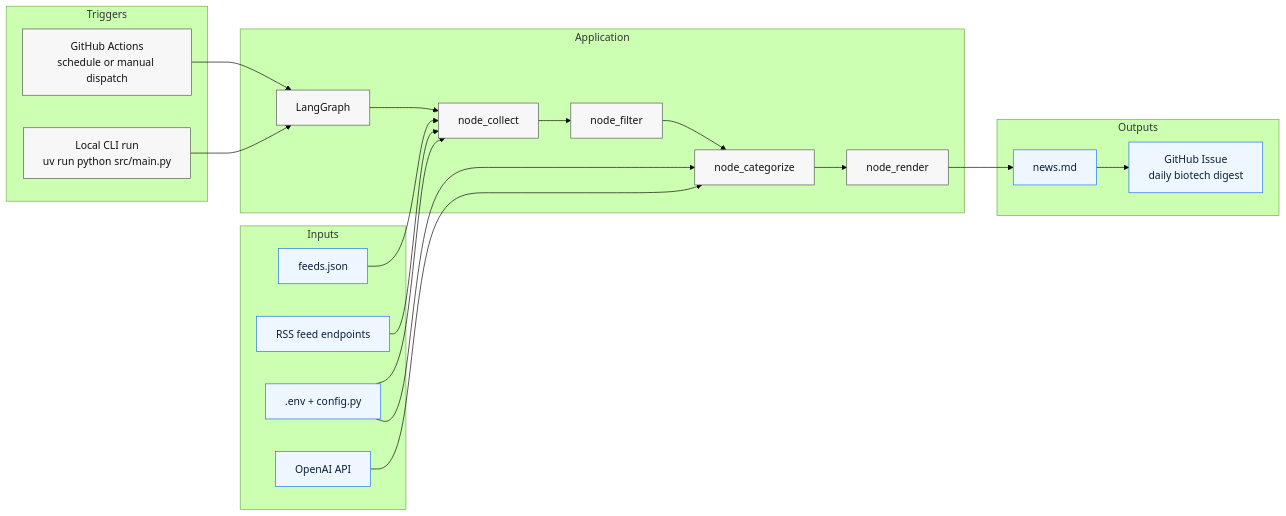
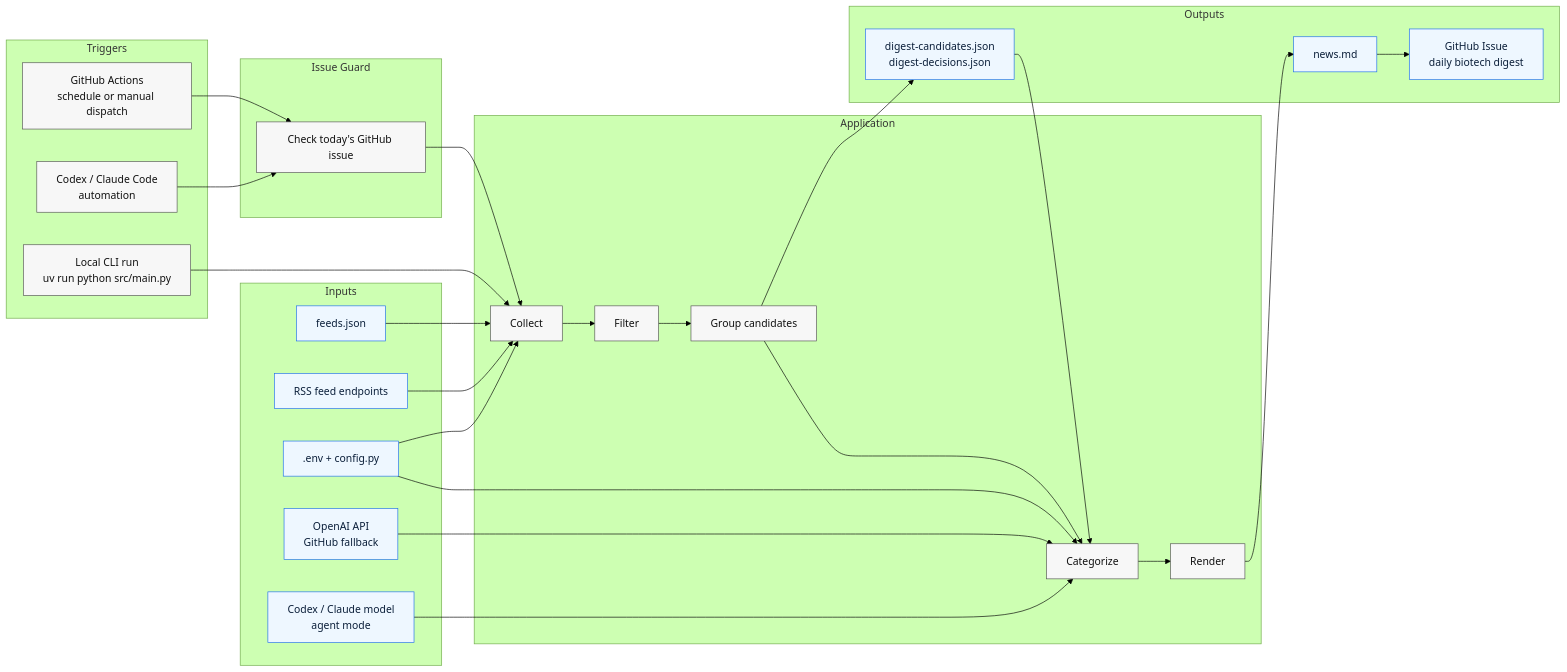
The first of 2 diagrams in README.md (ActioBio/bio-news-agent), drawn with Mermaid (forest theme) before and after one commit. The commit also changed other lines of this file and 4 other files, not shown here.

Commit message:
feat(digest): add agent handoff workflow

````diff
--- a/README.md
+++ b/README.md
@@ -9,42 +11,54 @@
 ```mermaid
 flowchart LR
     subgraph Trigger[Triggers]
         GH[GitHub Actions<br/>schedule or manual dispatch]
+        AGENT[Codex / Claude Code<br/>automation]
         LOCAL[Local CLI run<br/>uv run python src/main.py]
     end
 
+    subgraph Guard[Issue Guard]
+        CHECK[Check today's GitHub issue]
+    end
+
     subgraph App[Application]
-        G[LangGraph]
-        C[node_collect]
-        F[node_filter]
-        K[node_categorize]
-        R[node_render]
-        G --> C --> F --> K --> R
+        C[Collect]
+        F[Filter]
+        G[Group candidates]
+        K[Categorize]
+        R[Render]
+        C --> F --> G --> K --> R
     end
 
     subgraph In[Inputs]
         FEEDS[feeds.json]
         RSS[RSS feed endpoints]
         CONF[.env + config.py]
-        OAI[OpenAI API]
+        OAI[OpenAI API<br/>GitHub fallback]
+        MODEL[Codex / Claude model<br/>agent mode]
     end
 
     subgraph Out[Outputs]
+        JSON[digest-candidates.json<br/>digest-decisions.json]
         MD[news.md]
         ISSUE[GitHub Issue<br/>daily biotech digest]
     end
 
-    GH --> G
-    LOCAL --> G
+    GH --> CHECK --> C
+    AGENT --> CHECK
+    LOCAL --> C
     FEEDS --> C
     RSS --> C
     CONF --> C
     CONF --> K
     OAI --> K
-    R --> MD --> ISSUE
+    MODEL --> K
+    G --> JSON
+    JSON --> K
+    R --> MD
+    MD --> ISSUE
 
     classDef io fill:#eef7ff,stroke:#1f6feb,stroke-width:1px,color:#0b1f3a;
     classDef proc fill:#f7f7f7,stroke:#555,stroke-width:1px,color:#111;
-    class FEEDS,RSS,CONF,OAI,MD,ISSUE io;
-    class GH,LOCAL,G,C,F,K,R proc;
+    class FEEDS,RSS,CONF,OAI,MODEL,JSON,MD,ISSUE io;
+    class GH,AGENT,LOCAL,CHECK,C,F,G,K,R proc;
 ```
````
